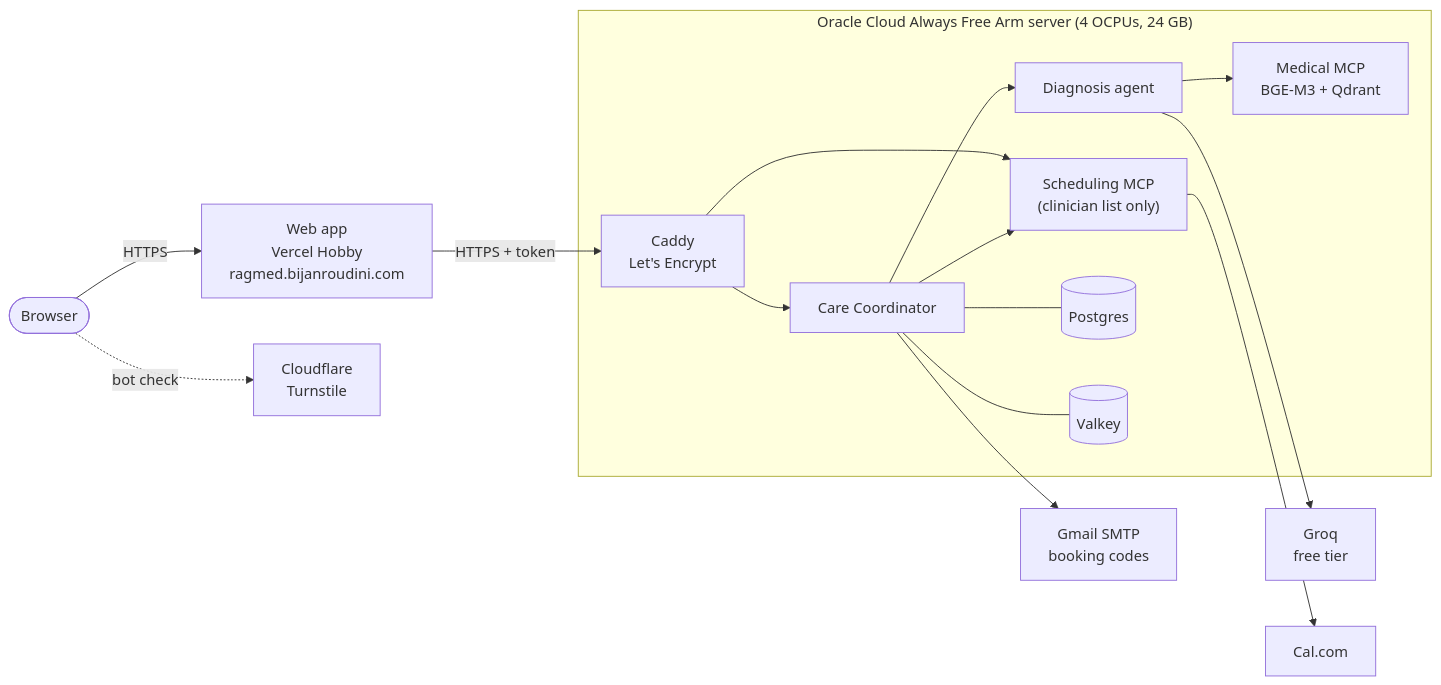
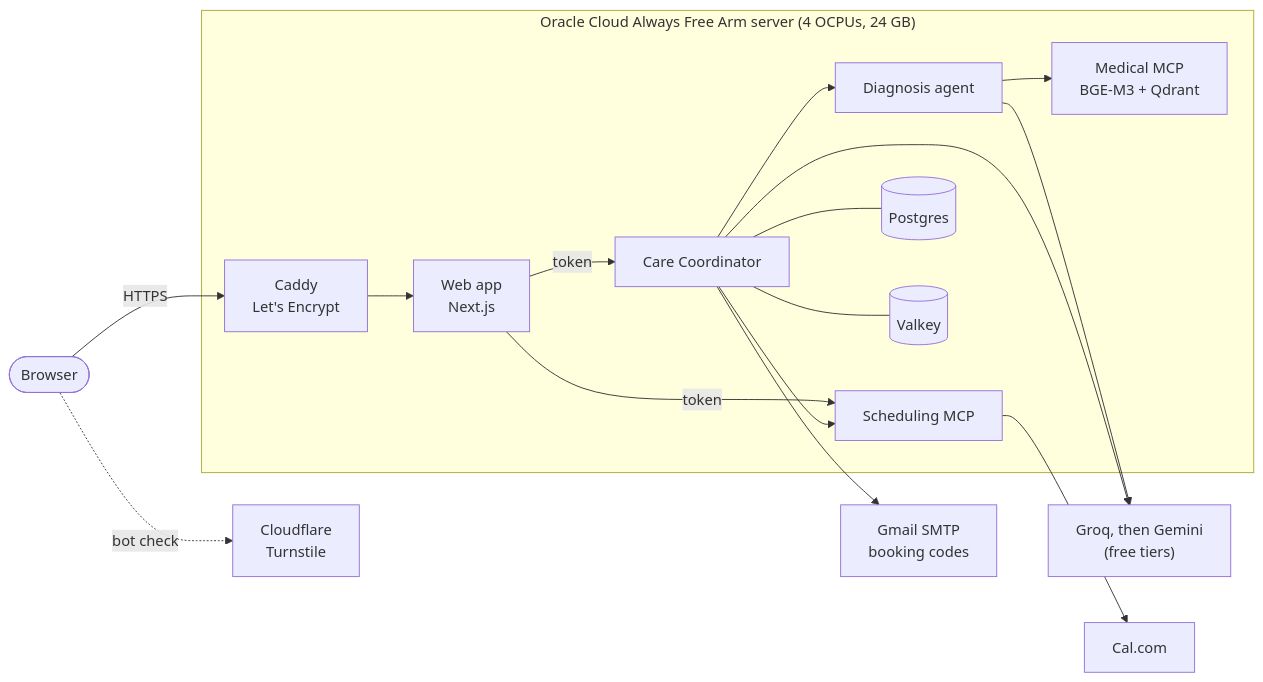
One commit to BijanProjects/RAGMed changed the second of 8 diagrams in README.md. Above: the diagram before and after it, drawn with Mermaid. The commit also changed other lines of this file and 3 other files, not shown here.

````diff
--- a/README.md
+++ b/README.md
@@ -143,17 +144,18 @@
 ```mermaid
 flowchart LR
-    browser([Browser]) -->|HTTPS| vercel["Web app<br/>Vercel Hobby<br/>ragmed.bijanroudini.com"]
+    browser([Browser]) -->|HTTPS| caddy
     browser -.->|bot check| ts["Cloudflare<br/>Turnstile"]
-    vercel -->|"HTTPS + token"| caddy
     subgraph vm["Oracle Cloud Always Free Arm server (4 OCPUs, 24 GB)"]
-        caddy["Caddy<br/>Let's Encrypt"] --> coord["Care Coordinator"]
-        caddy --> sched["Scheduling MCP<br/>(clinician list only)"]
+        caddy["Caddy<br/>Let's Encrypt"] --> web["Web app<br/>Next.js"]
+        web -->|token| coord["Care Coordinator"]
+        web -->|token| sched["Scheduling MCP"]
         coord --> diag["Diagnosis agent"] --> med["Medical MCP<br/>BGE-M3 + Qdrant"]
         coord --> sched
         coord --- pg[("Postgres")]
         coord --- vk[("Valkey")]
     end
-    diag --> groq["Groq<br/>free tier"]
+    diag --> llm["Groq, then Gemini<br/>(free tiers)"]
+    coord --> llm
     sched --> cal["Cal.com"]
     coord --> gmail["Gmail SMTP<br/>booking codes"]
 ```
````
